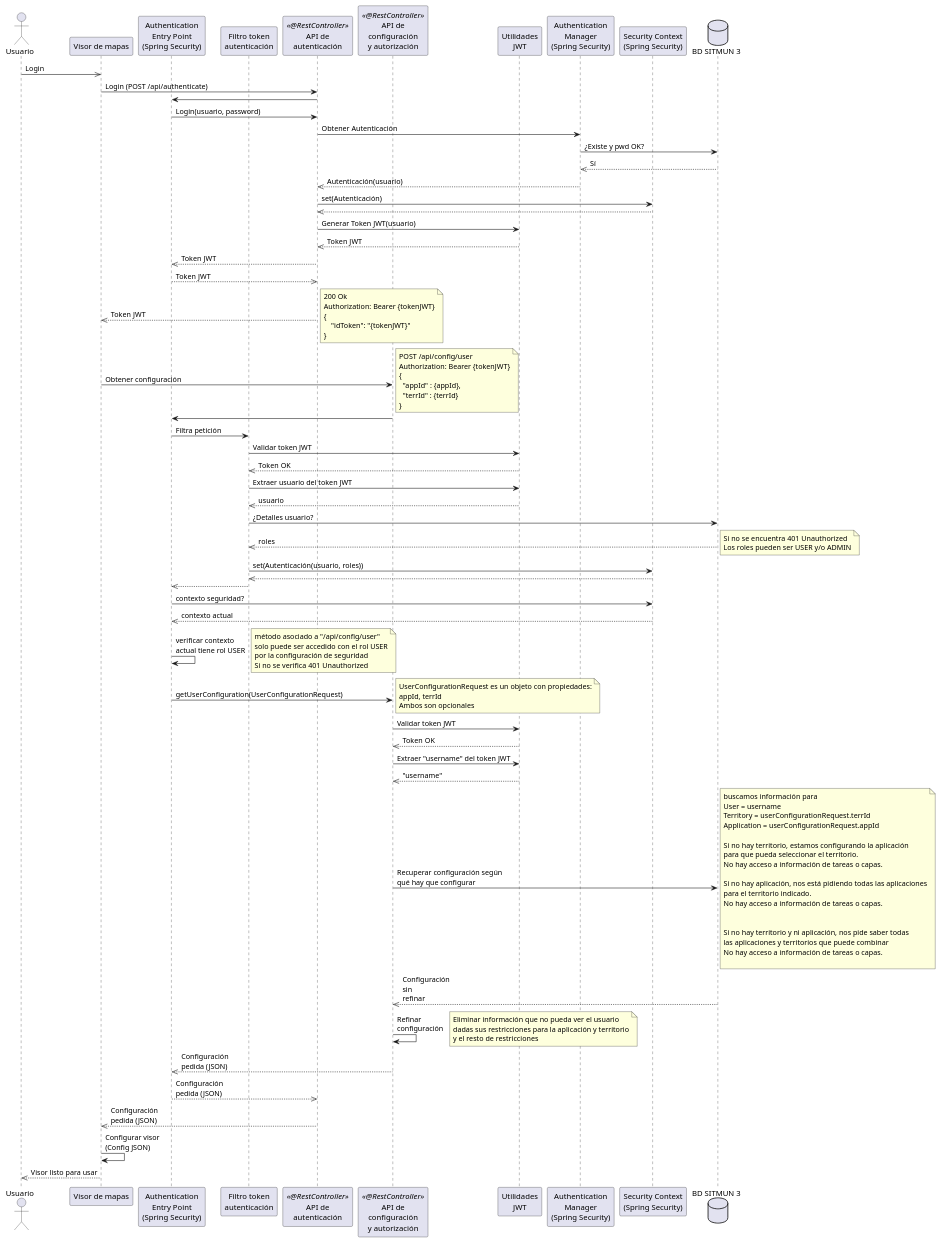
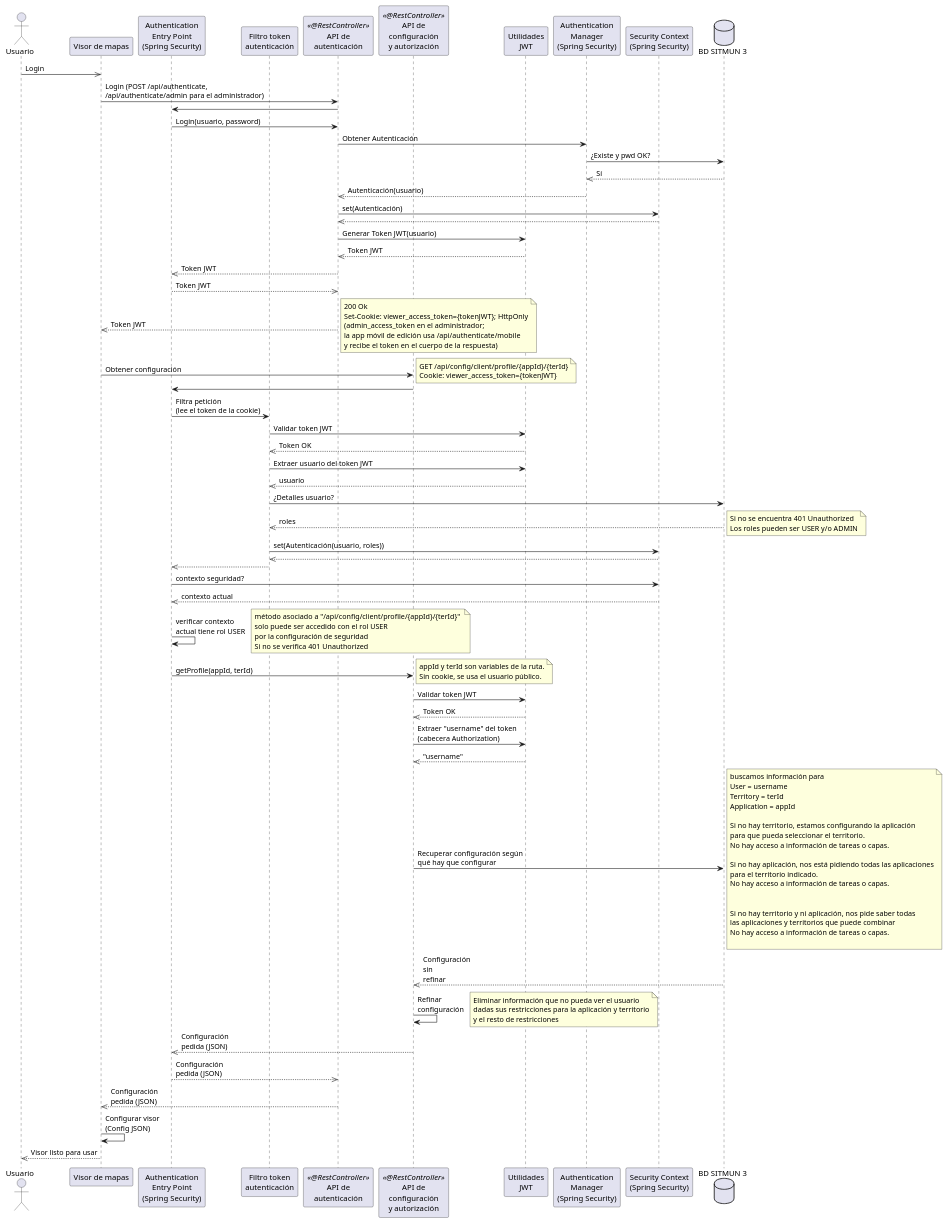
One commit to sitmun/sitmun.github.io changed the third of 7 diagrams in docs/que-es-sitmun/plataforma/arquitectura/index.md. Above: the diagram before and after it, drawn with PlantUML. The commit also changed other lines of this file and 34 other files, not shown here.

```diff
--- a/docs/que-es-sitmun/plataforma/arquitectura/index.md
+++ b/docs/que-es-sitmun/plataforma/arquitectura/index.md
@@ -341,7 +345,7 @@
 database "BD SITMUN 3" as Database
 
 Usuario ->> Client: Login
-Client -> AuthenticationAPI: Login (POST /api/authenticate)
+Client -> AuthenticationAPI: Login (POST /api/authenticate,\n/api/authenticate/admin para el administrador)
 AuthenticationAPI -> AuthenticationEntryPoint
 AuthenticationEntryPoint -> AuthenticationAPI: Login(usuario, password)
 AuthenticationAPI-> AuthenticationManager: Obtener Autenticación
@@ -357,23 +361,19 @@
 AuthenticationAPI -->> Client: Token JWT
 note right
 200 Ok
-Authorization: Bearer {tokenJWT}
-{
-    "idToken": "{tokenJWT}"
-}
+Set-Cookie: viewer_access_token={tokenJWT}; HttpOnly
+(admin_access_token en el administrador;
+la app móvil de edición usa /api/authenticate/mobile
+y recibe el token en el cuerpo de la respuesta)
 end note
 Client -> ConfigurationAPI: Obtener configuración 
 note right
- POST /api/config/user 
- Authorization: Bearer {tokenJWT}
- {
-   "appId" : {appId},
-   "terrId" : {terrId}
- }
+ GET /api/config/client/profile/{appId}/{terId}
+ Cookie: viewer_access_token={tokenJWT}
 end note
 
 ConfigurationAPI -> AuthenticationEntryPoint
-AuthenticationEntryPoint -> AuthTokenFilter: Filtra petición
+AuthenticationEntryPoint -> AuthTokenFilter: Filtra petición\n(lee el token de la cookie)
 AuthTokenFilter -> JWTUtils: Validar token JWT
 JWTUtils -->> AuthTokenFilter: Token OK
 AuthTokenFilter -> JWTUtils: Extraer usuario del token JWT
@@ -391,27 +391,26 @@
 SecurityContext -->> AuthenticationEntryPoint: contexto actual
 AuthenticationEntryPoint -> AuthenticationEntryPoint: verificar contexto\nactual tiene rol USER
 note right
-  método asociado a "/api/config/user" 
+  método asociado a "/api/config/client/profile/{appId}/{terId}" 
   solo puede ser accedido con el rol USER
   por la configuración de seguridad
   Si no se verifica 401 Unauthorized
 end note
-AuthenticationEntryPoint -> ConfigurationAPI: getUserConfiguration(UserConfigurationRequest)
+AuthenticationEntryPoint -> ConfigurationAPI: getProfile(appId, terId)
 note right
-  UserConfigurationRequest es un objeto con propiedades:
-  appId, terrId
-  Ambos son opcionales
+  appId y terId son variables de la ruta.
+  Sin cookie, se usa el usuario público.
 end note
 ConfigurationAPI -> JWTUtils: Validar token JWT
 JWTUtils -->> ConfigurationAPI: Token OK
-ConfigurationAPI -> JWTUtils: Extraer "username" del token JWT
+ConfigurationAPI -> JWTUtils: Extraer "username" del token\n(cabecera Authorization)
 JWTUtils -->> ConfigurationAPI: "username"
 ConfigurationAPI -> Database: Recuperar configuración según\nqué hay que configurar
 note right
   buscamos información para 
   User = username
-  Territory = userConfigurationRequest.terrId
-  Application = userConfigurationRequest.appId
+  Territory = terId
+  Application = appId
 
   Si no hay territorio, estamos configurando la aplicación 
   para que pueda seleccionar el territorio. 
```
